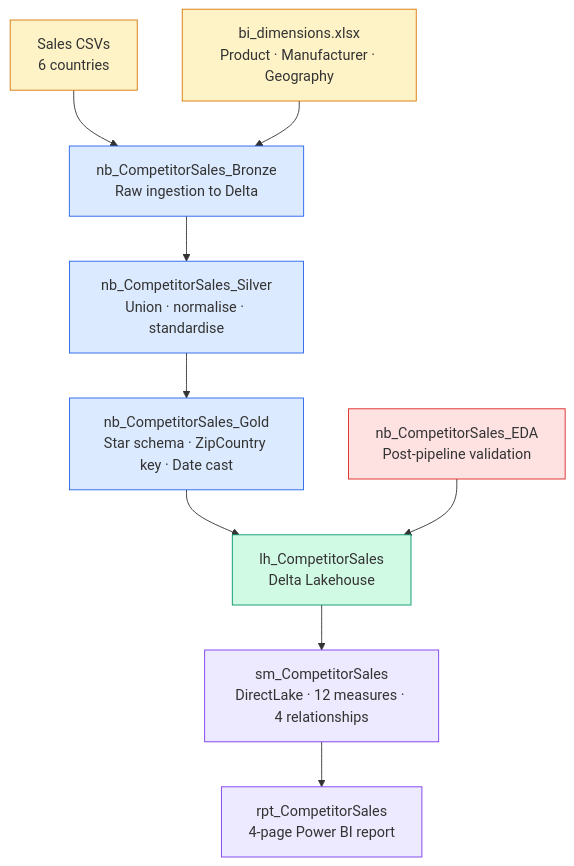
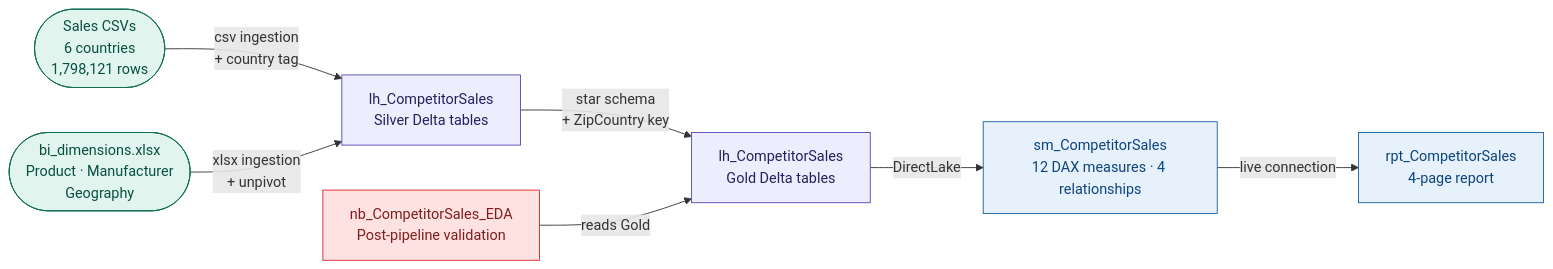
The diagram in ws_CompetitorSales/Readme.md (alisaghilutfi/Fabric-Analytics-Projects), drawn with Mermaid before and after one commit. The commit also changed other lines of this file, not shown here.

Commit message:
docs: rewrite ws_CompetitorSales README to match ws_AaltoEE_Forecast structure

````diff
--- a/ws_CompetitorSales/Readme.md
+++ b/ws_CompetitorSales/Readme.md
@@ -49,25 +49,19 @@
 ```mermaid
-flowchart TD
-    A1[Sales CSVs\n6 countries] --> B
-    A2[bi_dimensions.xlsx\nProduct · Manufacturer · Geography] --> B
+flowchart LR
+    A1([Sales CSVs\n6 countries\n1,798,121 rows]) -->|csv ingestion\n+ country tag| B
+    A2([bi_dimensions.xlsx\nProduct · Manufacturer\nGeography]) -->|xlsx ingestion\n+ unpivot| B
 
-    B[nb_CompetitorSales_Bronze\nRaw ingestion to Delta] --> C
-    C[nb_CompetitorSales_Silver\nUnion · normalise · standardise] --> D
-    D[nb_CompetitorSales_Gold\nStar schema · ZipCountry key · Date cast] --> E
+    B[lh_CompetitorSales\nSilver Delta tables] -->|star schema\n+ ZipCountry key| C
+    C[lh_CompetitorSales\nGold Delta tables] -->|DirectLake| D
+    D[sm_CompetitorSales\n12 DAX measures · 4 relationships] -->|live connection| F
+    E[nb_CompetitorSales_EDA\nPost-pipeline validation] -->|reads Gold| C
+    F[rpt_CompetitorSales\n4-page report]
 
-    E[lh_CompetitorSales\nDelta Lakehouse] --> F
-    F[sm_CompetitorSales\nDirectLake · 12 measures · 4 relationships] --> G
-    G[rpt_CompetitorSales\n4-page Power BI report]
-
-    H[nb_CompetitorSales_EDA\nPost-pipeline validation] --> E
-
-    style A1 fill:#FEF3C7,stroke:#D97706
-    style A2 fill:#FEF3C7,stroke:#D97706
-    style B fill:#DBEAFE,stroke:#2563EB
-    style C fill:#DBEAFE,stroke:#2563EB
-    style D fill:#DBEAFE,stroke:#2563EB
-    style E fill:#D1FAE5,stroke:#059669
-    style F fill:#EDE9FE,stroke:#7C3AED
-    style G fill:#EDE9FE,stroke:#7C3AED
-    style H fill:#FEE2E2,stroke:#DC2626
+    style A1 fill:#E1F5EE,stroke:#0F6E56,color:#085041
+    style A2 fill:#E1F5EE,stroke:#0F6E56,color:#085041
+    style B fill:#EEEDFE,stroke:#534AB7,color:#26215C
+    style C fill:#EEEDFE,stroke:#534AB7,color:#26215C
+    style E fill:#FEE2E2,stroke:#DC2626,color:#7F1D1D
+    style D fill:#E6F1FB,stroke:#185FA5,color:#0C447C
+    style F fill:#E6F1FB,stroke:#185FA5,color:#0C447C
 ```
````
